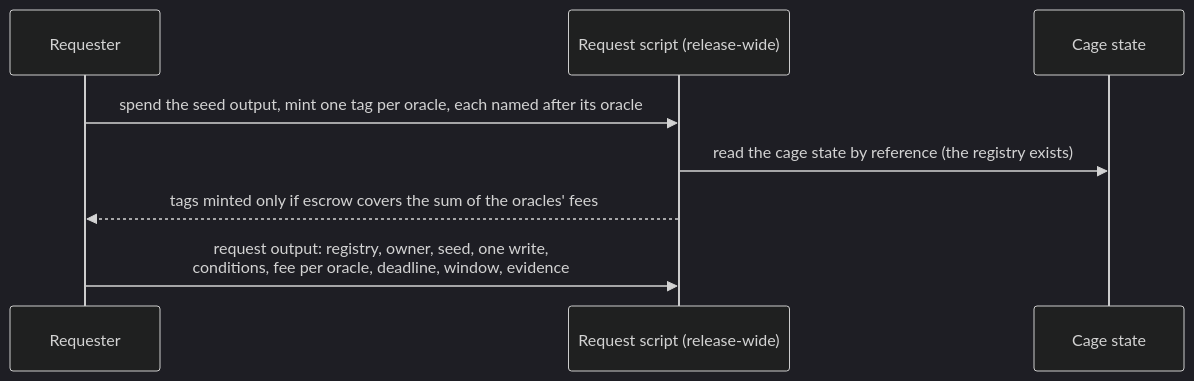
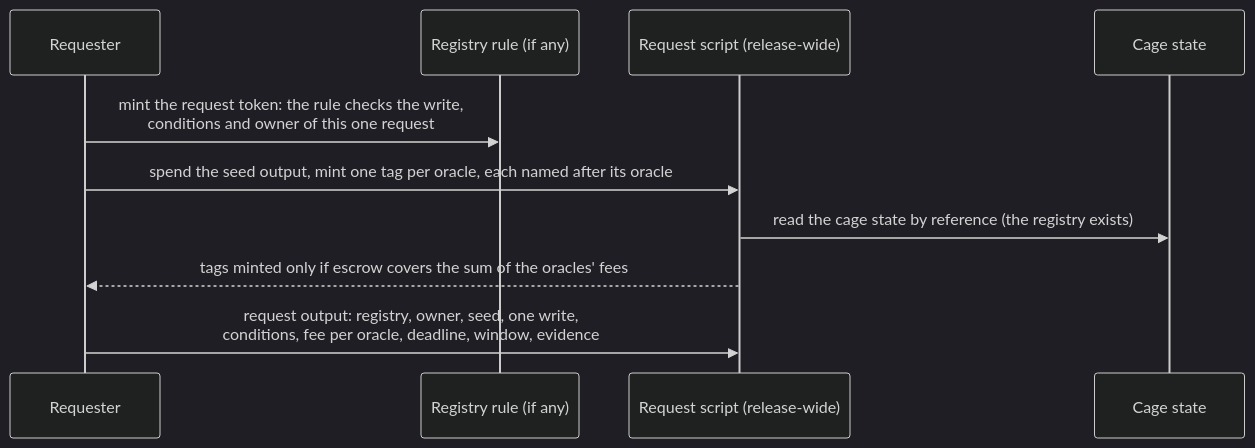
One commit to cardano-foundation/cardano-mpfs-onchain changed the third of 6 diagrams in docs/design/registries/lifecycle.md. Above: the diagram before and after it, drawn with Mermaid (dark theme). The commit also changed other lines of this file and 3 other files, not shown here.

Commit message:
docs(specs): registry rules, request tokens and oracle conditions

````diff
--- a/docs/design/registries/lifecycle.md
+++ b/docs/design/registries/lifecycle.md
@@ -59,10 +59,12 @@
 ```mermaid
 sequenceDiagram
   participant R as Requester
+  participant G as Registry rule (if any)
   participant P as Request script (release-wide)
   participant C as Cage state
+  R->>G: mint the request token: the rule checks the write,<br/>conditions and owner of this one request
   R->>P: spend the seed output, mint one tag per oracle, each named after its oracle
   P->>C: read the cage state by reference (the registry exists)
   P-->>R: tags minted only if escrow covers the sum of the oracles' fees
   R->>P: request output: registry, owner, seed, one write,<br/>conditions, fee per oracle, deadline, window, evidence
 ```
````
